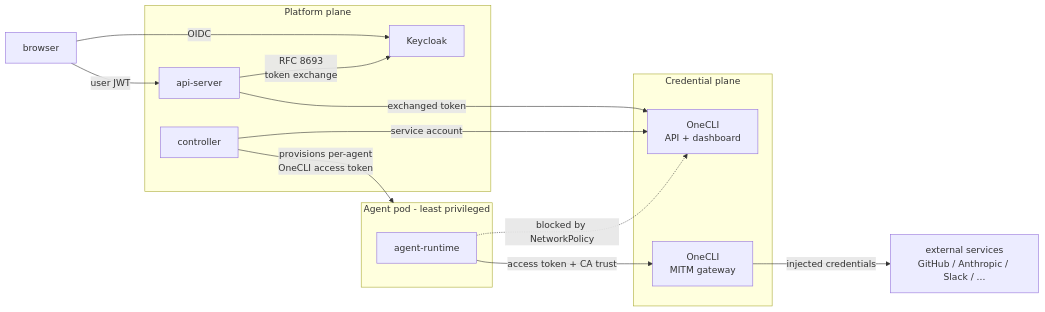
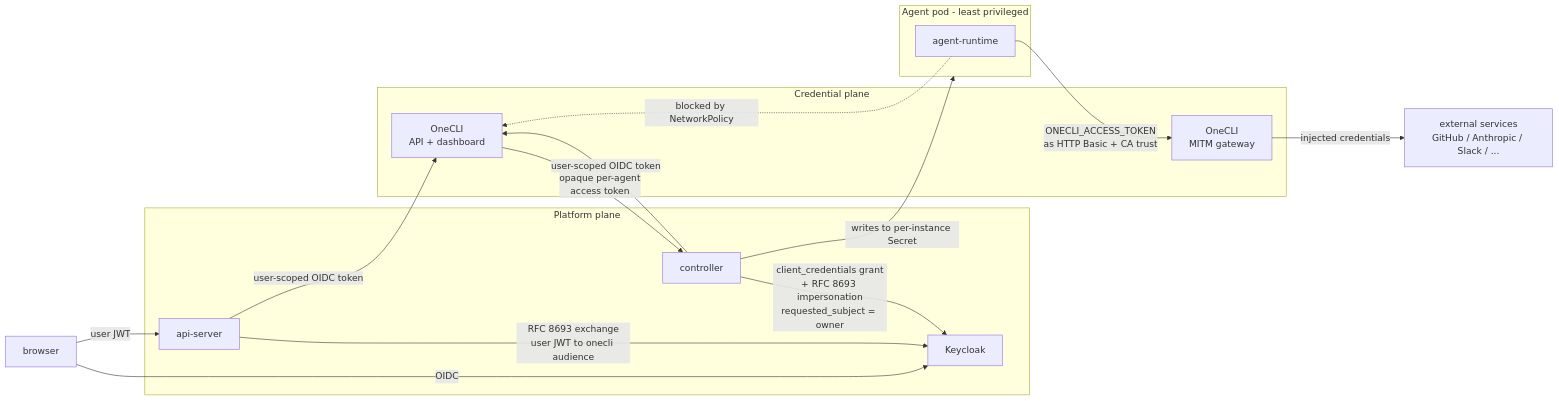
One commit to kagenti/humr changed the diagram in docs/architecture/security-and-credentials.md. Above: the diagram before and after it, drawn with Mermaid. The commit also changed other lines of this file, not shown here.

Commit message:
docs(architecture): show two distinct token exchanges (delegation vs impersonation)

````diff
--- a/docs/architecture/security-and-credentials.md
+++ b/docs/architecture/security-and-credentials.md
@@ -25,34 +25,37 @@
 ```mermaid
 flowchart LR
   browser[browser]
 
   subgraph platform[Platform plane]
     api-server[api-server]
     controller[controller]
     keycloak[Keycloak]
   end
 
   subgraph credplane[Credential plane]
     onecli-api[OneCLI<br/>API + dashboard]
     onecli-gw[OneCLI<br/>MITM gateway]
   end
 
   subgraph agentpod[Agent pod - least privileged]
     agent-runtime[agent-runtime]
   end
 
   external[external services<br/>GitHub / Anthropic / Slack / ...]
 
   browser -->|OIDC| keycloak
   browser -->|user JWT| api-server
 
-  api-server -->|RFC 8693<br/>token exchange| keycloak
-  api-server -->|exchanged token| onecli-api
-  controller -->|service account| onecli-api
+  api-server -->|RFC 8693 exchange<br/>user JWT to onecli audience| keycloak
+  api-server -->|user-scoped OIDC token| onecli-api
 
-  controller -->|provisions per-agent<br/>OneCLI access token| agentpod
-  agent-runtime -->|access token + CA trust| onecli-gw
+  controller -->|client_credentials grant<br/>+ RFC 8693 impersonation<br/>requested_subject = owner| keycloak
+  controller -->|user-scoped OIDC token| onecli-api
+  onecli-api -->|opaque per-agent<br/>access token| controller
+  controller -->|writes to per-instance Secret| agentpod
+
+  agent-runtime -->|ONECLI_ACCESS_TOKEN<br/>as HTTP Basic + CA trust| onecli-gw
   onecli-gw -->|injected credentials| external
 
   agent-runtime -. blocked by NetworkPolicy .-> onecli-api
 ```
````
